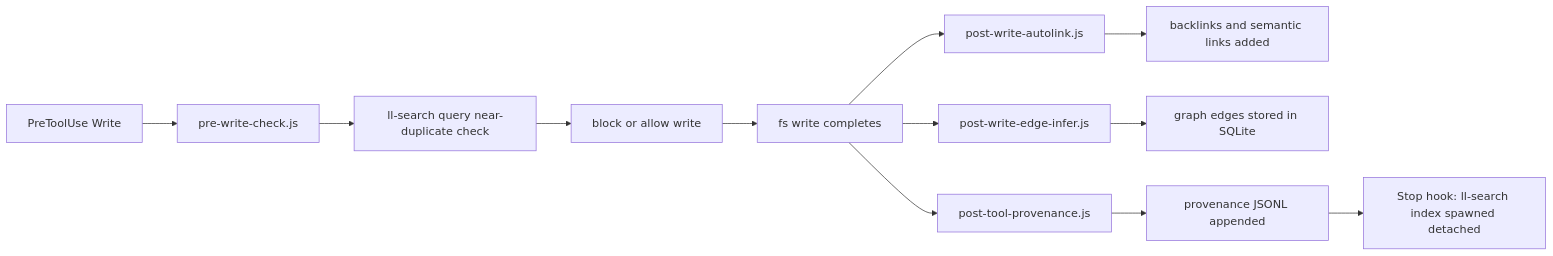
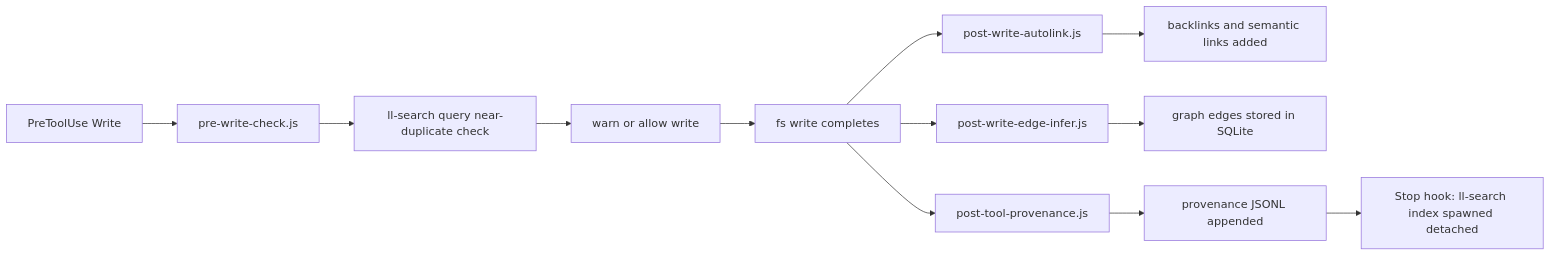
The second of 3 diagrams in ARCHITECTURE.md (robinslange/learning-loop), drawn with Mermaid before and after one commit. The commit also changed other lines of this file and 9 other files, not shown here.

````diff
--- a/ARCHITECTURE.md
+++ b/ARCHITECTURE.md
@@ -89,14 +89,14 @@
 ```mermaid
 flowchart LR
   A[PreToolUse Write] --> B[pre-write-check.js]
   B --> C[ll-search query near-duplicate check]
-  C --> D[block or allow write]
+  C --> D[warn or allow write]
   D --> E[fs write completes]
   E --> F[post-write-autolink.js]
   E --> G[post-write-edge-infer.js]
   E --> H[post-tool-provenance.js]
   F --> I[backlinks and semantic links added]
   G --> J[graph edges stored in SQLite]
   H --> K[provenance JSONL appended]
   K --> L[Stop hook: ll-search index spawned detached]
 ```
````
